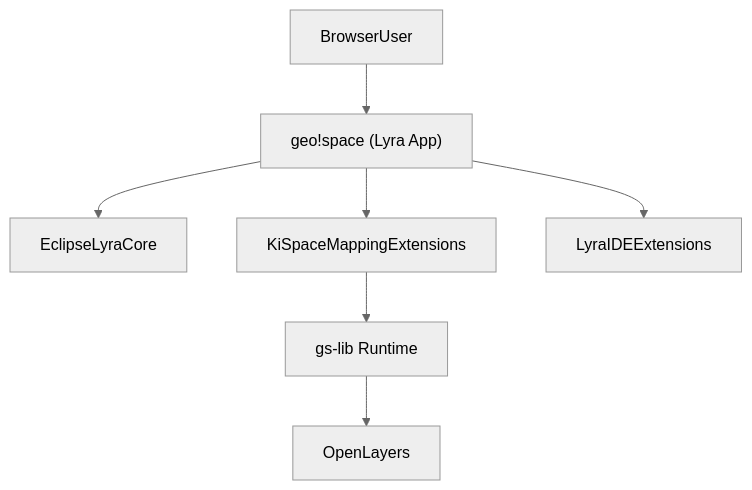
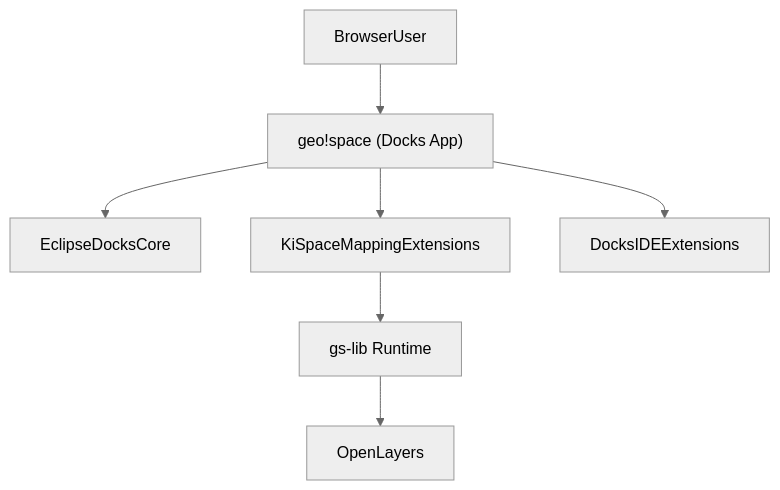
One commit to erdalkaraca/geospace changed the diagram in README.md. Above: the diagram before and after it, drawn with Mermaid (neutral theme). The commit also changed other lines of this file and 51 other files, not shown here.

Commit message:
refactor: migrate from Eclipse Lyra to Eclipse Docks, updating dependencies and imports across multiple packages

````diff
--- a/README.md
+++ b/README.md
@@ -214,9 +214,9 @@
 ```mermaid
 flowchart TD
-  browserUser[BrowserUser] --> geospaceApp["geo!space (Lyra App)"]
-  geospaceApp --> lyraCore["EclipseLyraCore"]
+  browserUser[BrowserUser] --> geospaceApp["geo!space (Docks App)"]
+  geospaceApp --> docksCore["EclipseDocksCore"]
   geospaceApp --> mappingExtensions["KiSpaceMappingExtensions"]
-  geospaceApp --> lyraExtensions["LyraIDEExtensions"]
+  geospaceApp --> docksExtensions["DocksIDEExtensions"]
   mappingExtensions --> gsLib["gs-lib Runtime"]
   gsLib --> openLayers["OpenLayers"]
 ```
````
